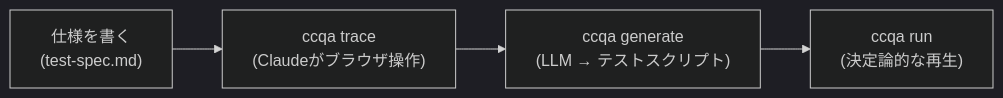
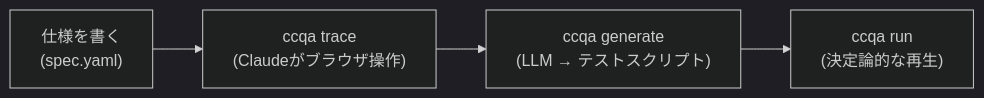
One commit to shibukazu/ccqa changed the diagram in docs/README.ja.md. Above: the diagram before and after it, drawn with Mermaid (dark theme). The commit also changed other lines of this file and 62 other files, not shown here.

````diff
--- a/docs/README.ja.md
+++ b/docs/README.ja.md
@@ -11,6 +11,6 @@
 ```mermaid
 flowchart LR
-    A["仕様を書く\n(test-spec.md)"] --> B["ccqa trace\n(Claudeがブラウザ操作)"]
+    A["仕様を書く\n(spec.yaml)"] --> B["ccqa trace\n(Claudeがブラウザ操作)"]
     B --> C["ccqa generate\n(LLM → テストスクリプト)"]
     C --> D["ccqa run\n(決定論的な再生)"]
 ```
````
